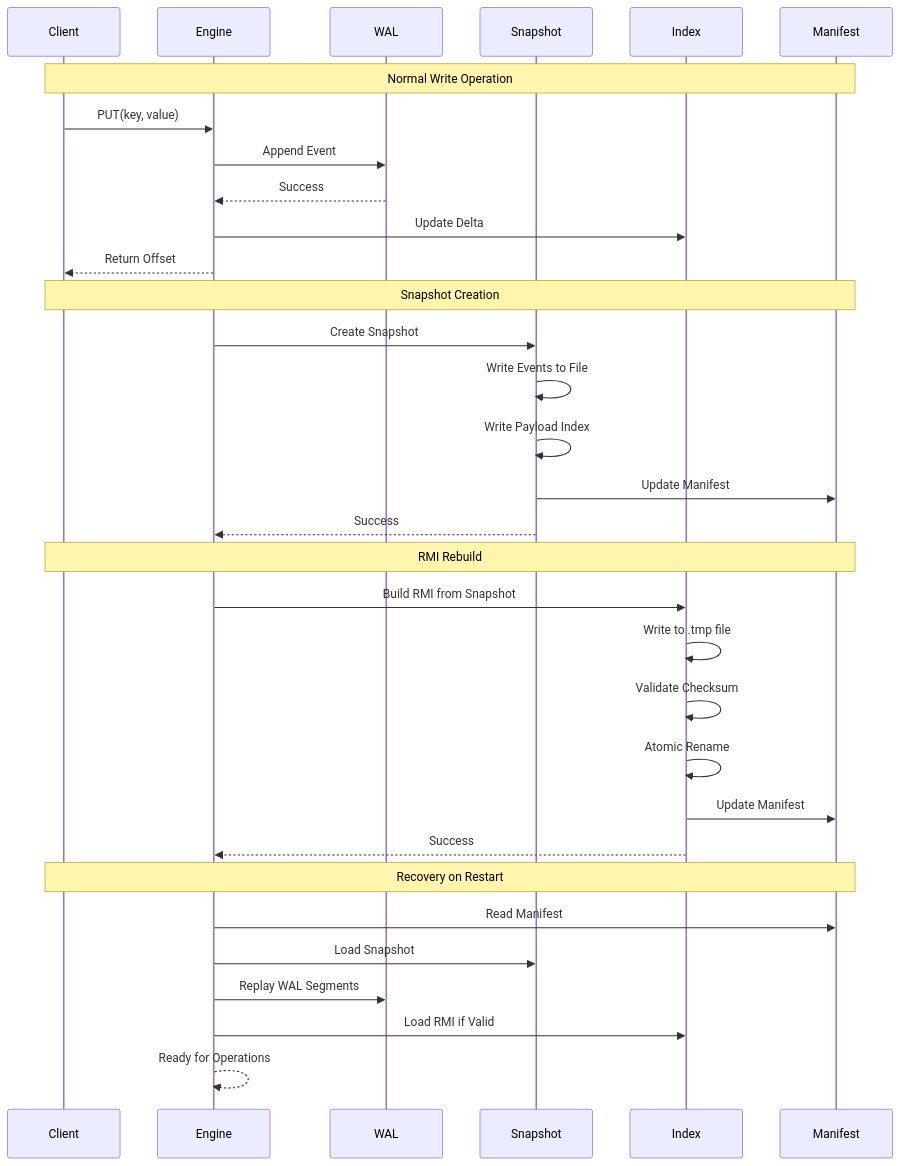
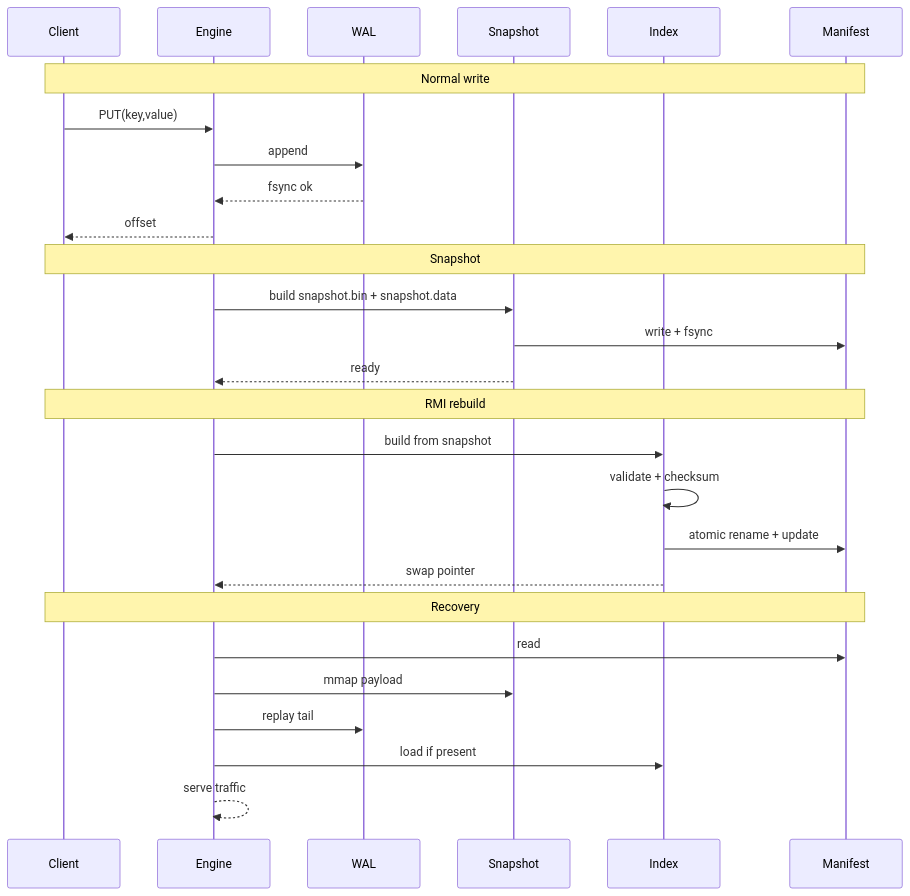
Before and after one commit to KyroDB/KyroDB: the fourth of 4 diagrams in visiondocument.md, drawn with Mermaid. The commit also changed other lines of this file, not shown here.

````diff
--- a/visiondocument.md
+++ b/visiondocument.md
@@ -298,38 +180,33 @@
 ```mermaid
 sequenceDiagram
-    participant Client
-    participant Engine
-    participant WAL
-    participant Snapshot
-    participant Index
-    participant Manifest
-    
-    Note over Client,Manifest: Normal Write Operation
-    Client->>Engine: PUT(key, value)
-    Engine->>WAL: Append Event
-    WAL-->>Engine: Success
-    Engine->>Index: Update Delta
-    Engine-->>Client: Return Offset
-    
-    Note over Client,Manifest: Snapshot Creation
-    Engine->>Snapshot: Create Snapshot
-    Snapshot->>Snapshot: Write Events to File
-    Snapshot->>Snapshot: Write Payload Index
-    Snapshot->>Manifest: Update Manifest
-    Snapshot-->>Engine: Success
-    
-    Note over Client,Manifest: RMI Rebuild
-    Engine->>Index: Build RMI from Snapshot
-    Index->>Index: Write to .tmp file
-    Index->>Index: Validate Checksum
-    Index->>Index: Atomic Rename
-    Index->>Manifest: Update Manifest
-    Index-->>Engine: Success
-    
-    Note over Client,Manifest: Recovery on Restart
-    Engine->>Manifest: Read Manifest
-    Engine->>Snapshot: Load Snapshot
-    Engine->>WAL: Replay WAL Segments
-    Engine->>Index: Load RMI if Valid
-    Engine-->>Engine: Ready for Operations
+  participant Client
+  participant Engine
+  participant WAL
+  participant Snapshot
+  participant Index
+  participant Manifest
+
+  Note over Client,Manifest: Normal write
+  Client->>Engine: PUT(key,value)
+  Engine->>WAL: append
+  WAL-->>Engine: fsync ok
+  Engine-->>Client: offset
+
+  Note over Client,Manifest: Snapshot
+  Engine->>Snapshot: build snapshot.bin + snapshot.data
+  Snapshot->>Manifest: write + fsync
+  Snapshot-->>Engine: ready
+
+  Note over Client,Manifest: RMI rebuild
+  Engine->>Index: build from snapshot
+  Index->>Index: validate + checksum
+  Index->>Manifest: atomic rename + update
+  Index-->>Engine: swap pointer
+
+  Note over Client,Manifest: Recovery
+  Engine->>Manifest: read
+  Engine->>Snapshot: mmap payload
+  Engine->>WAL: replay tail
+  Engine->>Index: load if present
+  Engine-->>Engine: serve traffic
 ```
````
